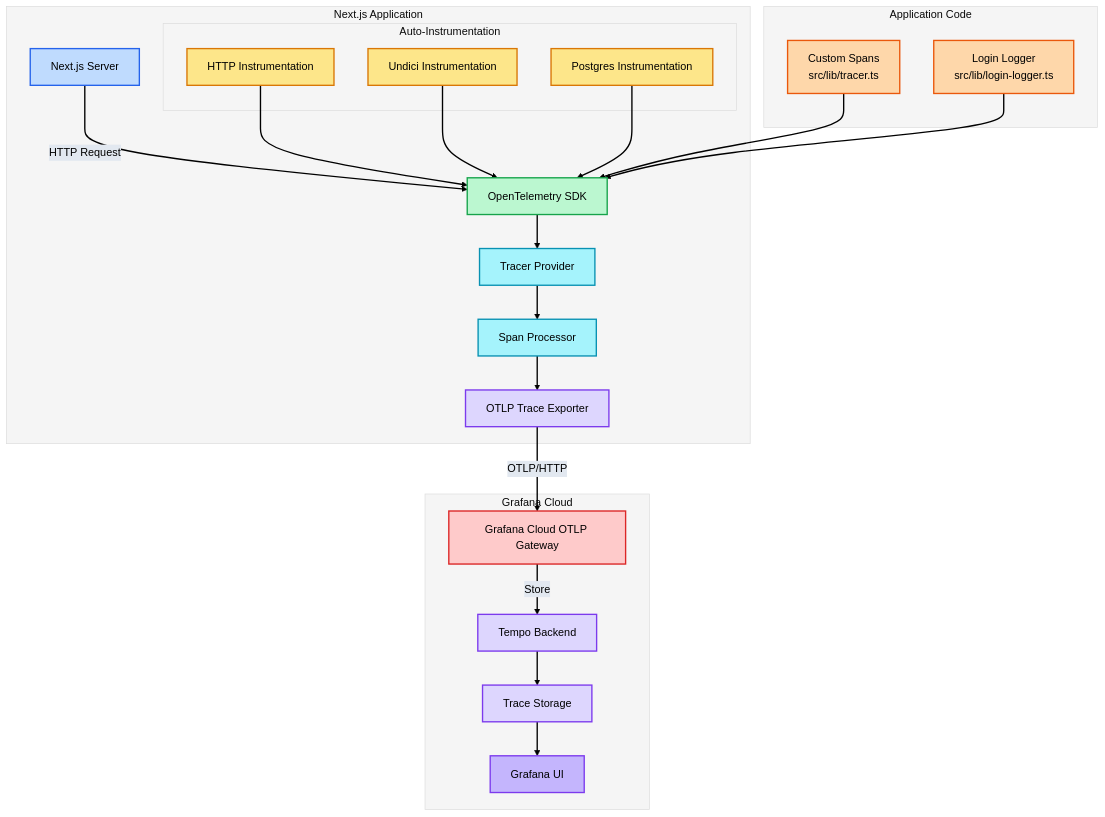
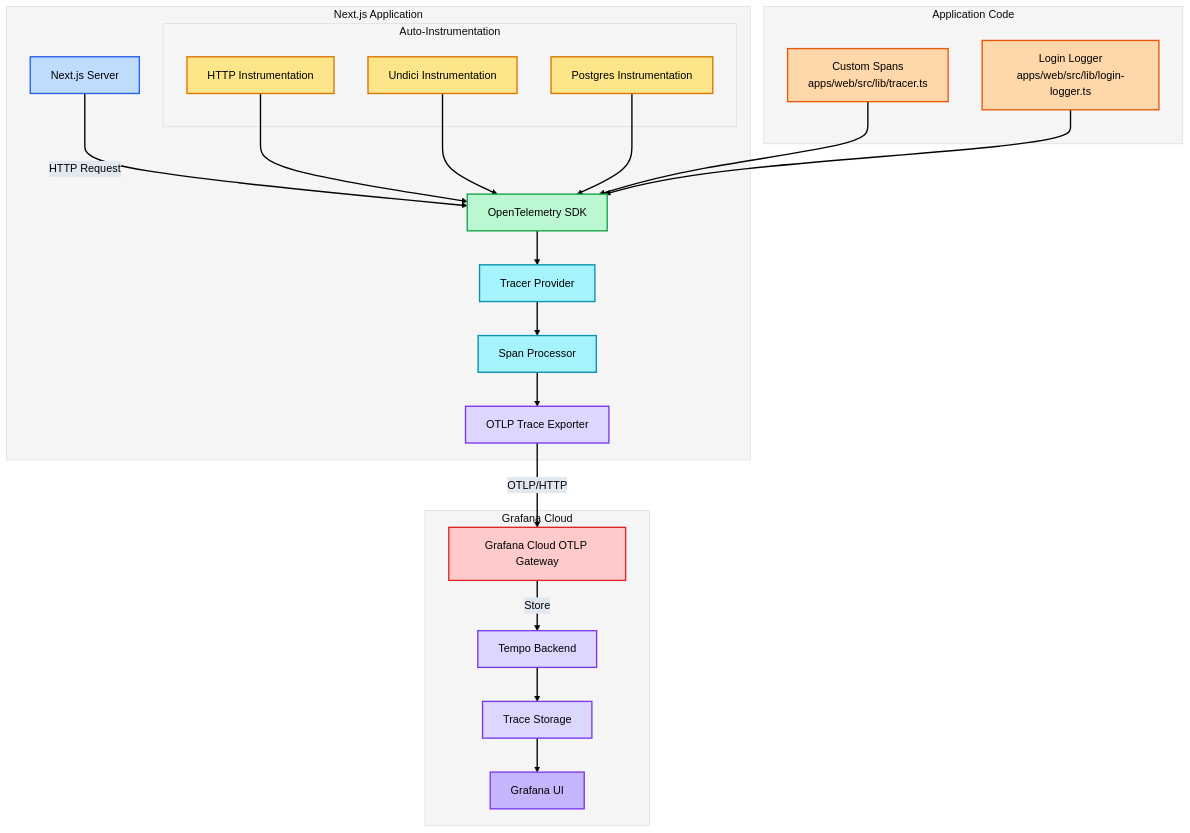
Before and after one commit to 3DHDSoft/devmultiplier-academy: the first of 6 diagrams in docs/opentelemetry_architecture.md, drawn with Mermaid. The commit also changed other lines of this file and 18 other files, not shown here.

````diff
--- a/docs/opentelemetry_architecture.md
+++ b/docs/opentelemetry_architecture.md
@@ -32,66 +32,66 @@
 ```mermaid
 %%{init: {'theme': 'base', 'themeVariables': {
   'primaryColor': '#f8fafc',
   'primaryTextColor': '#000000',
   'primaryBorderColor': '#94a3b8',
   'lineColor': '#000000',
   'secondaryColor': '#fafafa',
   'tertiaryColor': '#f5f5f5',
   'background': '#ffffff',
   'textColor': '#000000',
   'edgeLabelBackground': '#e2e8f0',
   'fontFamily': 'system-ui, -apple-system, sans-serif'
 }}}%%
 graph TB
     subgraph "Next.js Application"
         A[Next.js Server] -->|HTTP Request| B[OpenTelemetry SDK]
         B --> C[Tracer Provider]
         C --> D[Span Processor]
         D --> E[OTLP Trace Exporter]
 
         subgraph "Auto-Instrumentation"
             F[HTTP Instrumentation]
             G[Undici Instrumentation]
             H[Postgres Instrumentation]
         end
 
         F --> B
         G --> B
         H --> B
     end
 
     subgraph "Application Code"
-        I[Custom Spans<br/>src/lib/tracer.ts]
-        J[Login Logger<br/>src/lib/login-logger.ts]
+        I[Custom Spans<br/>apps/web/src/lib/tracer.ts]
+        J[Login Logger<br/>apps/web/src/lib/login-logger.ts]
     end
 
     I --> B
     J --> B
 
     E -->|OTLP/HTTP| K[Grafana Cloud OTLP Gateway]
 
     subgraph "Grafana Cloud"
         K -->|Store| L[Tempo Backend]
         L --> M[Trace Storage]
         M --> N[Grafana UI]
     end
 
     style A fill:#bfdbfe,stroke:#2563eb,color:#000000,stroke-width:2px
     style B fill:#bbf7d0,stroke:#16a34a,color:#000000,stroke-width:2px
     style C fill:#a5f3fc,stroke:#0891b2,color:#000000,stroke-width:2px
     style D fill:#a5f3fc,stroke:#0891b2,color:#000000,stroke-width:2px
     style E fill:#ddd6fe,stroke:#7c3aed,color:#000000,stroke-width:2px
     style F fill:#fde68a,stroke:#d97706,color:#000000,stroke-width:2px
     style G fill:#fde68a,stroke:#d97706,color:#000000,stroke-width:2px
     style H fill:#fde68a,stroke:#d97706,color:#000000,stroke-width:2px
     style I fill:#fed7aa,stroke:#ea580c,color:#000000,stroke-width:2px
     style J fill:#fed7aa,stroke:#ea580c,color:#000000,stroke-width:2px
     style K fill:#fecaca,stroke:#dc2626,color:#000000,stroke-width:2px
     style L fill:#ddd6fe,stroke:#7c3aed,color:#000000,stroke-width:2px
     style M fill:#ddd6fe,stroke:#7c3aed,color:#000000,stroke-width:2px
     style N fill:#c4b5fd,stroke:#7c3aed,color:#000000,stroke-width:2px
 
     linkStyle default stroke:#000000,stroke-width:2px
 
     classDef subgraphStyle fill:#f8fafc,stroke:#cbd5e1,color:#000000,stroke-width:1px
 ```
````
